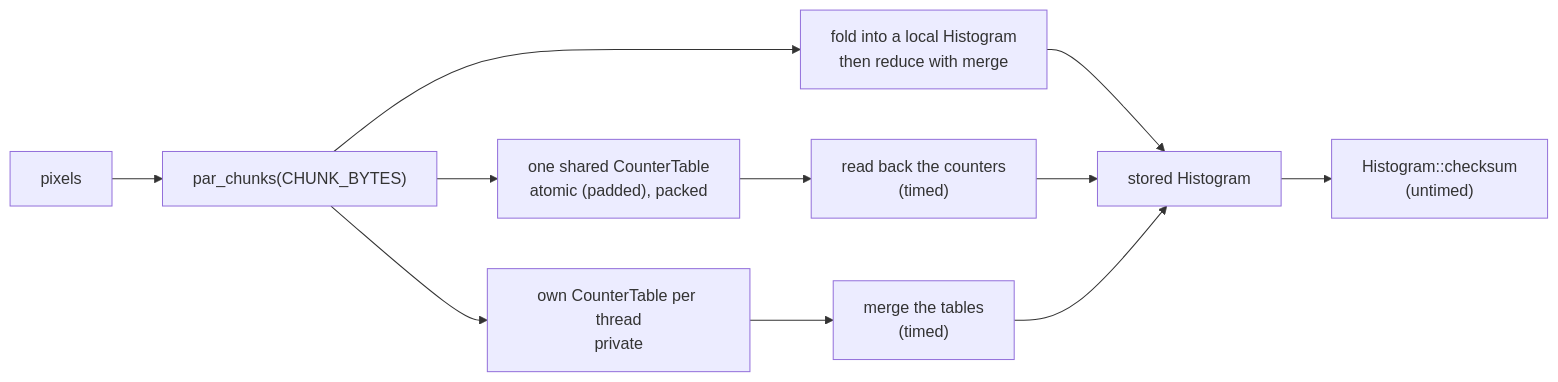
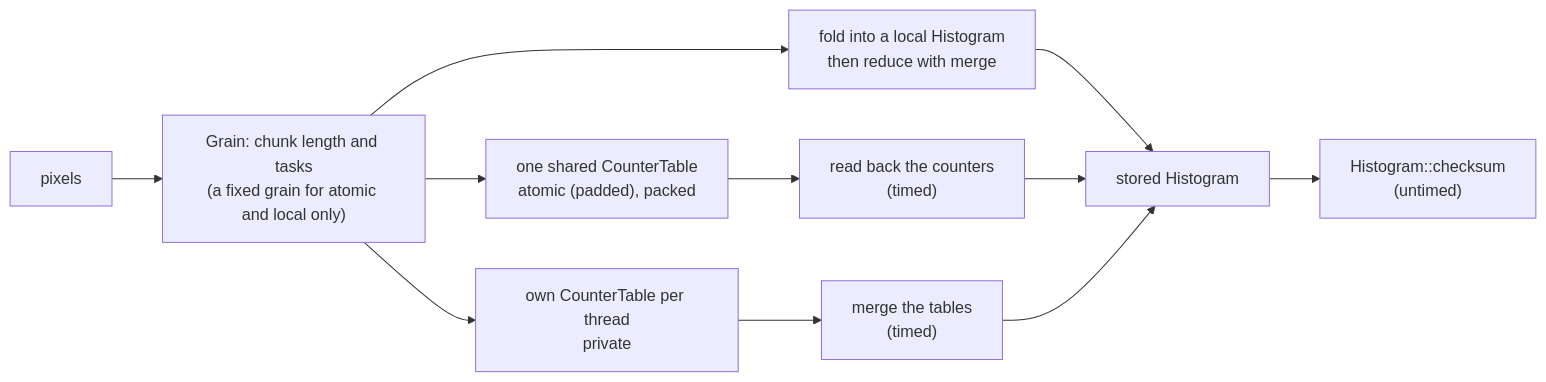
One commit to DavidCCoimbra/Scalability-of-Parallel-Code-in-WebAssembly-in-the-Browser-vs-Native changed the diagram in bench/src/workloads/histogram/README.md. Above: the diagram before and after it, drawn with Mermaid. The commit also changed 20 other files, not shown here.

First line of the commit message:
feat(bench): every shared-counter histogram builds its tasks with the grain, as the local one (#81)

````diff
--- a/bench/src/workloads/histogram/README.md
+++ b/bench/src/workloads/histogram/README.md
@@ -17,13 +17,13 @@
 ```mermaid
 flowchart LR
-    pixels["pixels"] --> chunks["par_chunks(CHUNK_BYTES)"]
+    pixels["pixels"] --> chunks["Grain: chunk length and tasks<br/>(a fixed grain for atomic and local only)"]
     chunks --> atomic["one shared CounterTable<br/>atomic (padded), packed"]
     chunks --> private["own CounterTable per thread<br/>private"]
     chunks --> local["fold into a local Histogram<br/>then reduce with merge"]
     atomic --> readback["read back the counters<br/>(timed)"]
     private --> merge["merge the tables<br/>(timed)"]
     local --> histogram["stored Histogram"]
     readback --> histogram
     merge --> histogram
     histogram --> checksum["Histogram::checksum<br/>(untimed)"]
 ```
````
